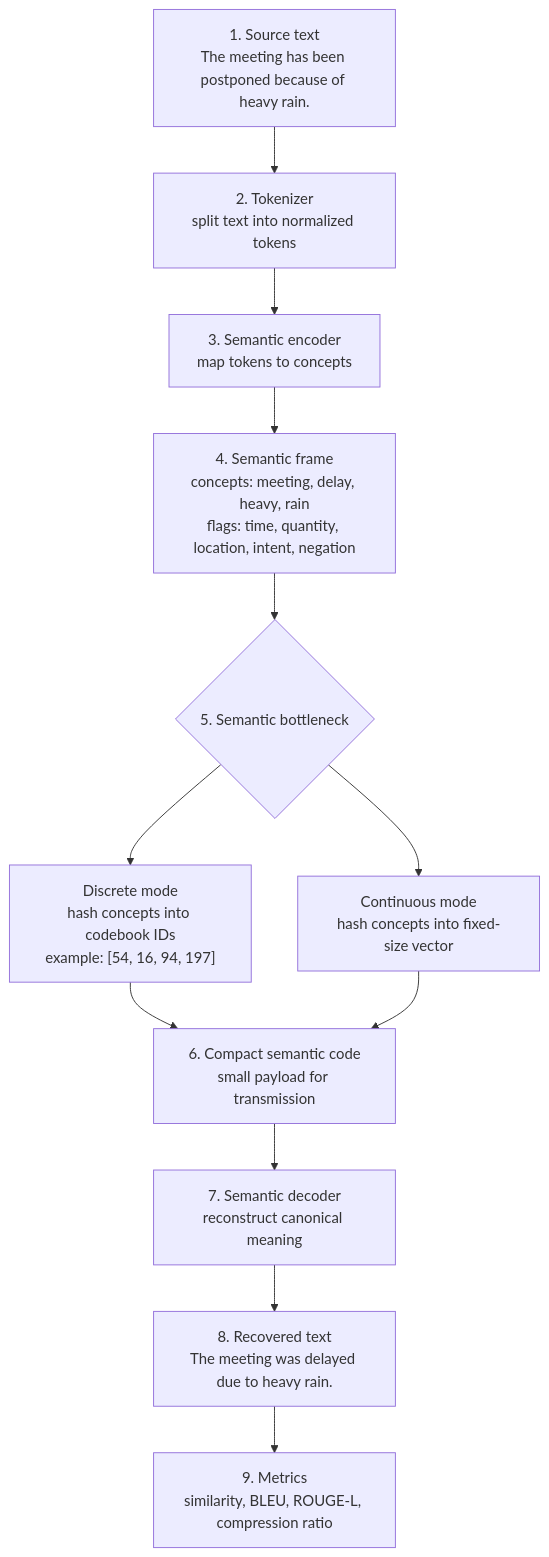
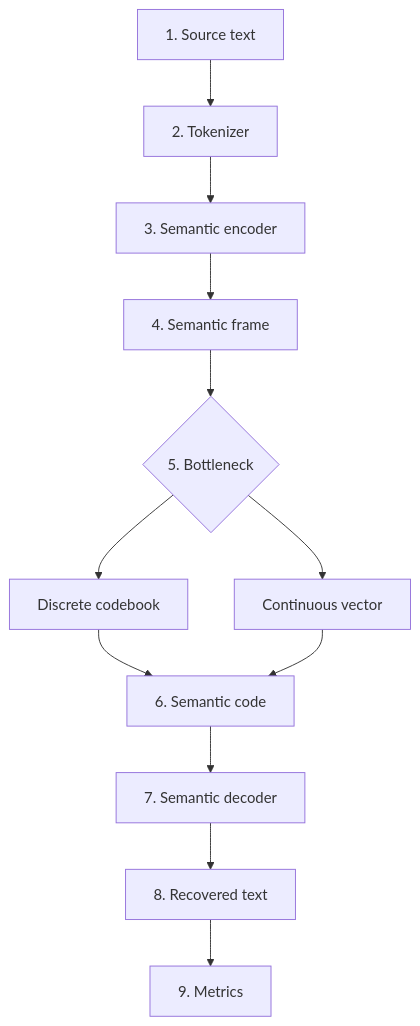
The diagram in docs/core-method.md (eriquechen23-cyl/text-semantic-codec), drawn with Mermaid before and after one commit. The commit also changed other lines of this file and 1 other file, not shown here.

Commit message:
Improve core method diagram readability

````diff
--- a/docs/core-method.md
+++ b/docs/core-method.md
@@ -19,14 +19,14 @@
 ```mermaid
 flowchart TD
-    A["1. Source text<br/>The meeting has been postponed because of heavy rain."] --> B["2. Tokenizer<br/>split text into normalized tokens"]
-    B --> C["3. Semantic encoder<br/>map tokens to concepts"]
-    C --> D["4. Semantic frame<br/>concepts: meeting, delay, heavy, rain<br/>flags: time, quantity, location, intent, negation"]
-    D --> E{"5. Semantic bottleneck"}
-    E --> F["Discrete mode<br/>hash concepts into codebook IDs<br/>example: [54, 16, 94, 197]"]
-    E --> G["Continuous mode<br/>hash concepts into fixed-size vector"]
-    F --> H["6. Compact semantic code<br/>small payload for transmission"]
+    A["1. Source text"] --> B["2. Tokenizer"]
+    B --> C["3. Semantic encoder"]
+    C --> D["4. Semantic frame"]
+    D --> E{"5. Bottleneck"}
+    E --> F["Discrete codebook"]
+    E --> G["Continuous vector"]
+    F --> H["6. Semantic code"]
     G --> H
-    H --> I["7. Semantic decoder<br/>reconstruct canonical meaning"]
-    I --> J["8. Recovered text<br/>The meeting was delayed due to heavy rain."]
-    J --> K["9. Metrics<br/>similarity, BLEU, ROUGE-L, compression ratio"]
+    H --> I["7. Semantic decoder"]
+    I --> J["8. Recovered text"]
+    J --> K["9. Metrics"]
 ```
````
